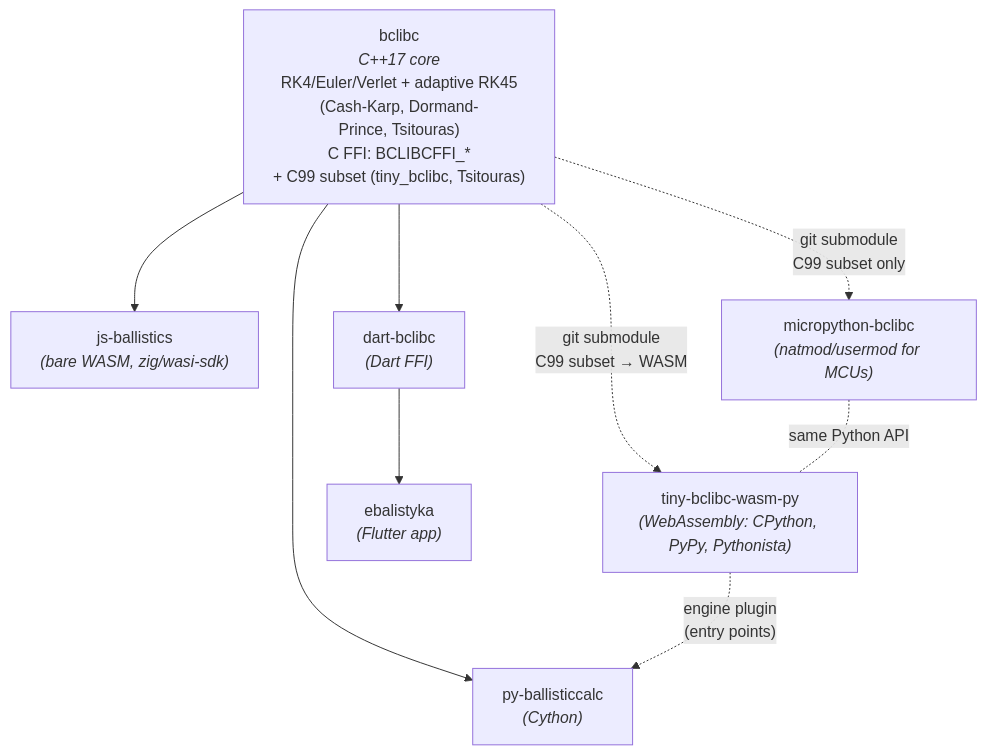
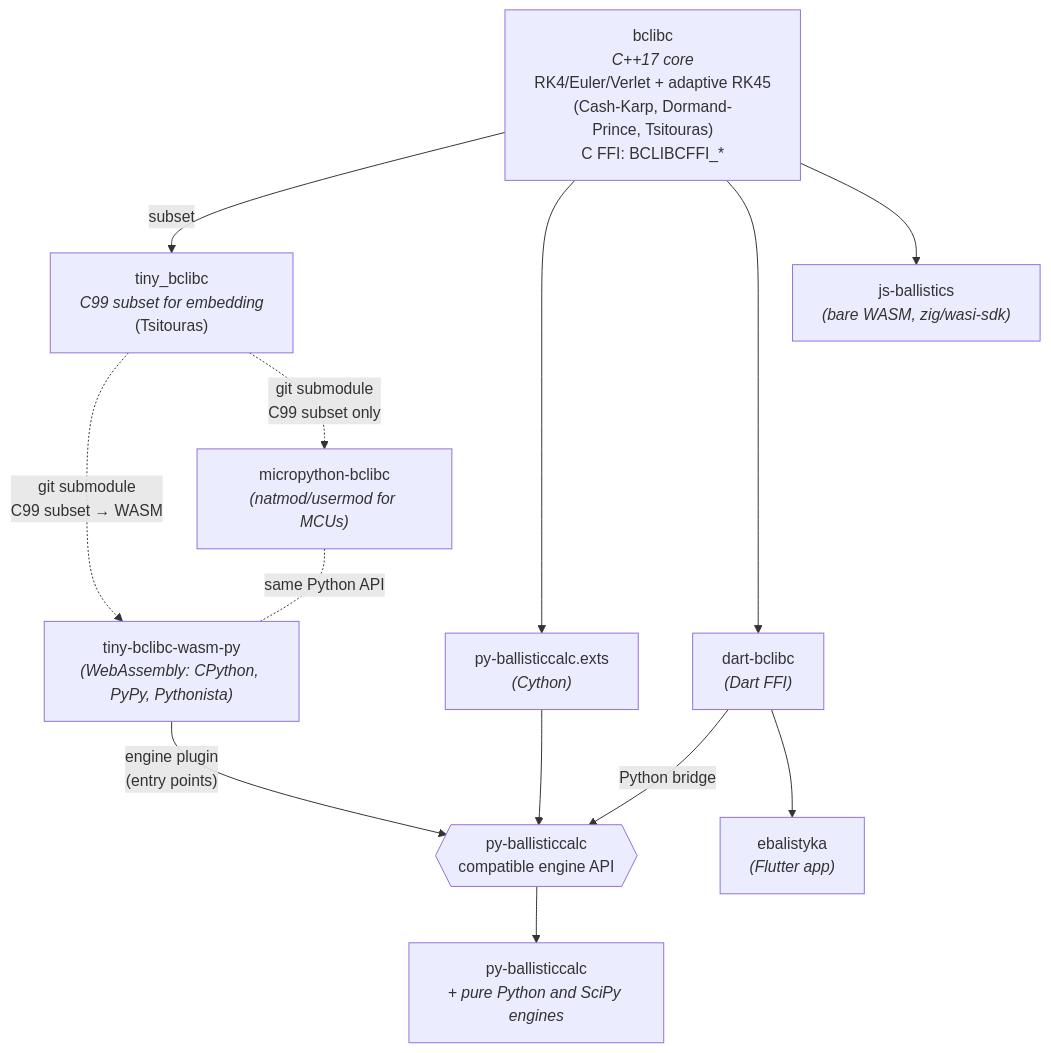
Before and after one commit to ballistics-lab/.github: the first of 2 diagrams in profile/README.md, drawn with Mermaid.

Commit message:
Revise flowchart in README for clarity and completeness
Updated flowchart to include additional bindings and clarify relationships.

````diff
--- a/profile/README.md
+++ b/profile/README.md
@@ -23,13 +23,21 @@
 ```mermaid
 flowchart TD
-    A["bclibc<br><i>C++17&nbsp;core</i><br>RK4/Euler/Verlet&nbsp;+&nbsp;adaptive&nbsp;RK45<br>(Cash-Karp,&nbsp;Dormand-Prince,&nbsp;Tsitouras)<br>C&nbsp;FFI:&nbsp;BCLIBCFFI_*<br>+&nbsp;C99&nbsp;subset&nbsp;(tiny_bclibc,&nbsp;Tsitouras)"]
+    A["bclibc<br><i>C++17&nbsp;core</i><br>RK4/Euler/Verlet&nbsp;+&nbsp;adaptive&nbsp;RK45<br>(Cash-Karp,&nbsp;Dormand-Prince,&nbsp;Tsitouras)<br>C&nbsp;FFI:&nbsp;BCLIBCFFI_*"]
+    A2["tiny_bclibc<br><i>C99&nbsp;subset&nbsp;for&nbsp;embedding</i><br>(Tsitouras)"]
+    A -->|"subset"| A2
 
-    A --> B["py-ballisticcalc<br><i>(Cython)</i>"]
-    A --> C["js-ballistics<br><i>(bare WASM, zig/wasi-sdk)</i>"]
+    A --> X["py-ballisticcalc.exts<br><i>(Cython)</i>"]
     A --> D["dart-bclibc<br><i>(Dart FFI)</i>"]
-    A -.->|"git submodule<br>C99 subset only"| E["micropython-bclibc<br><i>(natmod/usermod for MCUs)</i>"]
-    A -.->|"git submodule<br>C99 subset → WASM"| T["tiny-bclibc-wasm-py<br><i>(WebAssembly: CPython, PyPy, Pythonista)</i>"]
-    T -.->|"engine plugin<br>(entry points)"| B
+    A --> J["js-ballistics<br><i>(bare WASM, zig/wasi-sdk)</i>"]
+    A2 -.->|"git submodule<br>C99 subset → WASM"| T["tiny-bclibc-wasm-py<br><i>(WebAssembly: CPython, PyPy, Pythonista)</i>"]
+    A2 -.->|"git submodule<br>C99 subset only"| E["micropython-bclibc<br><i>(natmod/usermod for MCUs)</i>"]
+
+    API{{"py-ballisticcalc<br>compatible engine API"}}
+    X --> API
+    D -->|"Python bridge"| API
+    T -->|"engine plugin<br>(entry points)"| API
+    API --> P["py-ballisticcalc<br><i>+ pure Python and SciPy engines</i>"]
+
     E -.-|"same Python API"| T
     D --> F["ebalistyka<br><i>(Flutter app)</i>"]
 ```
````
